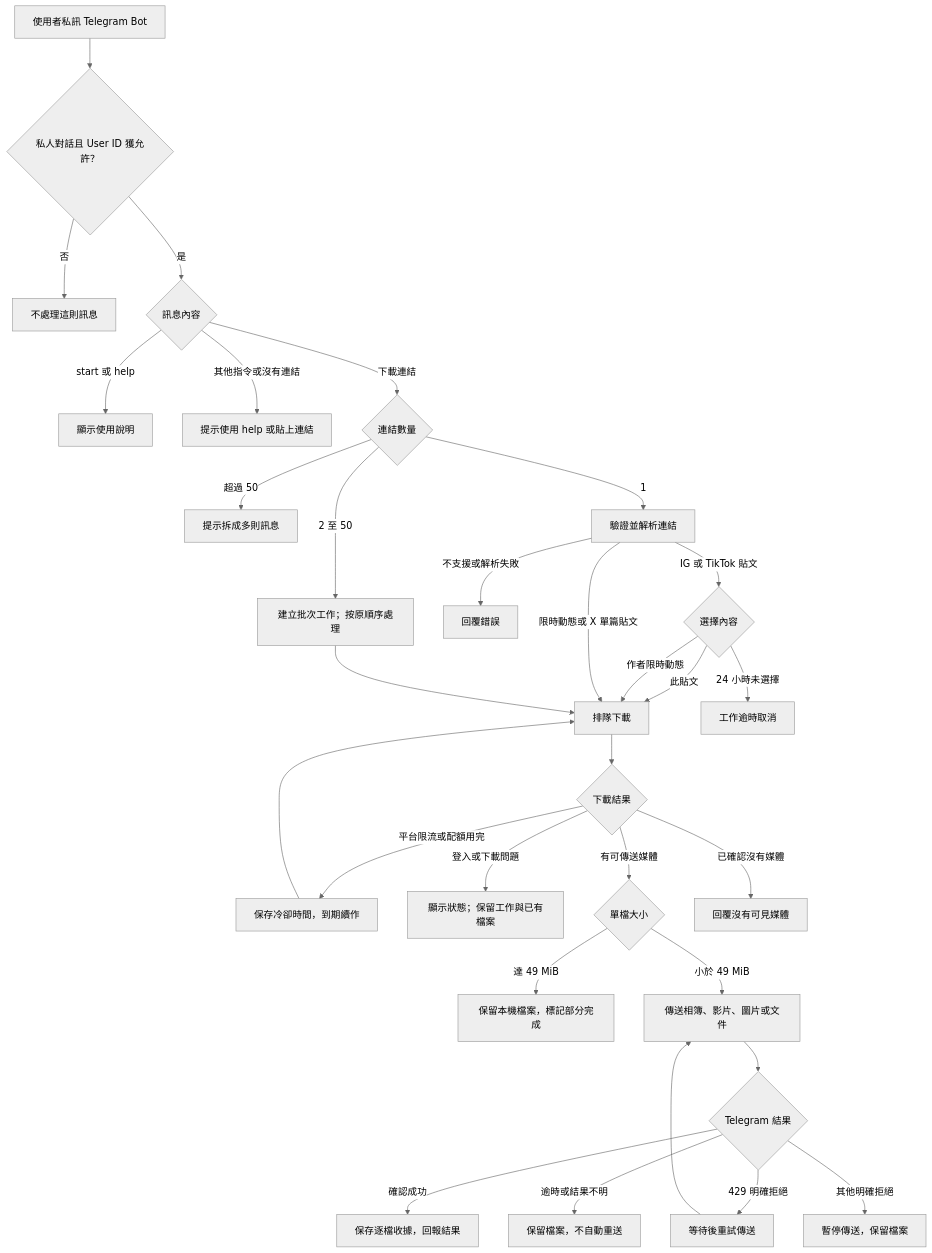
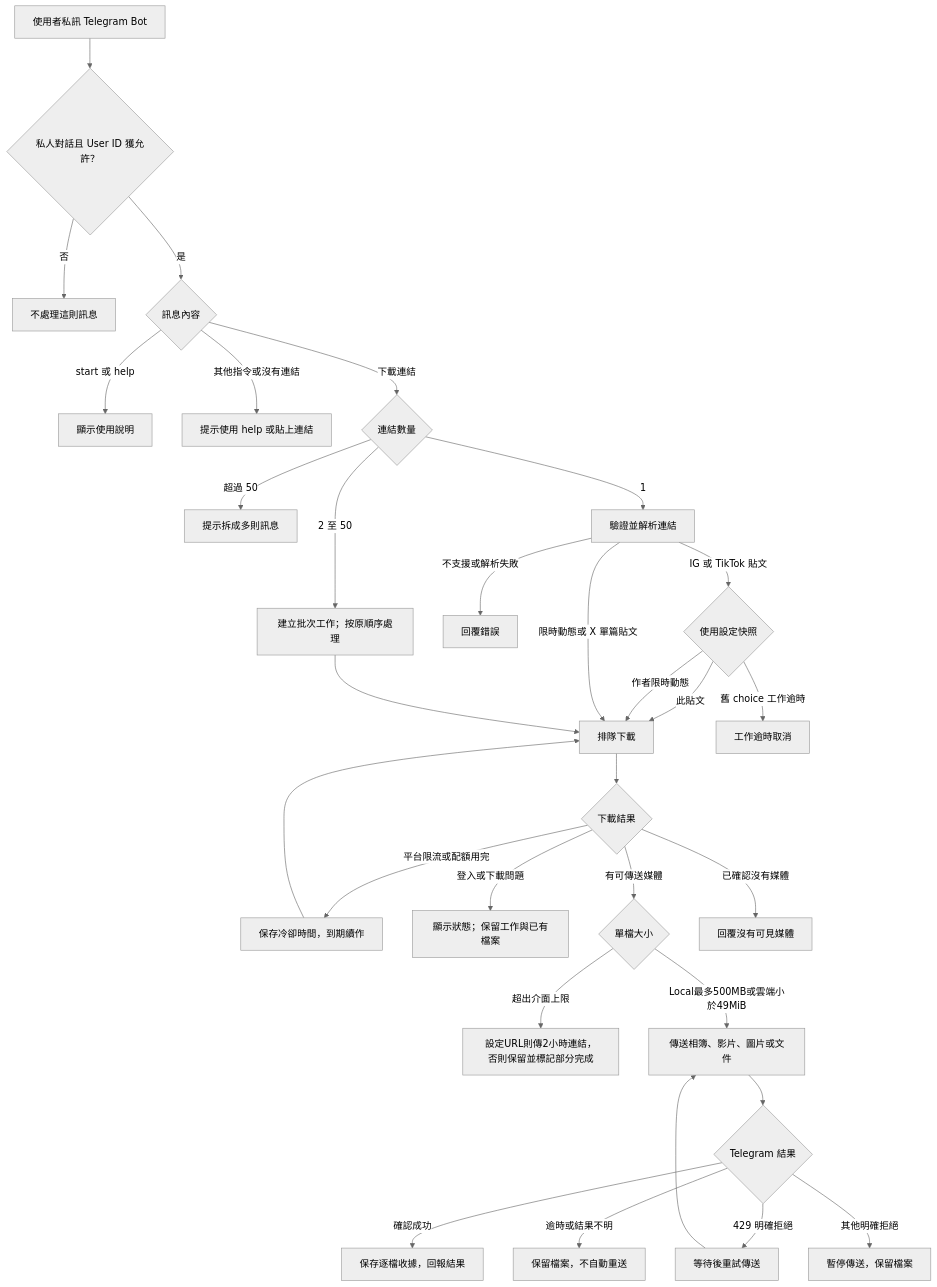
One commit to Senachi124/TelegramSocialDownloader changed the first of 6 diagrams in docs/architecture.md. Above: the diagram before and after it, drawn with Mermaid (neutral theme). The commit also changed other lines of this file and 29 other files, not shown here.

````diff
--- a/docs/architecture.md
+++ b/docs/architecture.md
@@ -7,33 +7,33 @@
 ```mermaid
 flowchart TD
     A[使用者私訊 Telegram Bot] --> B{私人對話且 User ID 獲允許？}
     B -->|否| Z[不處理這則訊息]
     B -->|是| C{訊息內容}
     C -->|start 或 help| H[顯示使用說明]
     C -->|其他指令或沒有連結| I[提示使用 help 或貼上連結]
     C -->|下載連結| D{連結數量}
     D -->|超過 50| E[提示拆成多則訊息]
     D -->|2 至 50| F[建立批次工作；按原順序處理]
     D -->|1| G[驗證並解析連結]
     G -->|不支援或解析失敗| J[回覆錯誤]
-    G -->|IG 或 TikTok 貼文| K{選擇內容}
+    G -->|IG 或 TikTok 貼文| K{使用設定快照}
     K -->|此貼文| Q[排隊下載]
     K -->|作者限時動態| Q
-    K -->|24 小時未選擇| X[工作逾時取消]
+    K -->|舊 choice 工作逾時| X[工作逾時取消]
     G -->|限時動態或 X 單篇貼文| Q
     F --> Q
     Q --> R{下載結果}
     R -->|平台限流或配額用完| S[保存冷卻時間，到期續作]
     S --> Q
     R -->|登入或下載問題| T[顯示狀態；保留工作與已有檔案]
     R -->|有可傳送媒體| U{單檔大小}
     R -->|已確認沒有媒體| N[回覆沒有可見媒體]
-    U -->|達 49 MiB| V[保留本機檔案，標記部分完成]
-    U -->|小於 49 MiB| W[傳送相簿、影片、圖片或文件]
+    U -->|超出介面上限| V[設定URL則傳2小時連結，否則保留並標記部分完成]
+    U -->|Local最多500MB或雲端小於49MiB| W[傳送相簿、影片、圖片或文件]
     W --> Y{Telegram 結果}
     Y -->|確認成功| DONE[保存逐檔收據，回報結果]
     Y -->|429 明確拒絕| WAIT[等待後重試傳送]
     WAIT --> W
     Y -->|逾時或結果不明| HOLD[保留檔案，不自動重送]
     Y -->|其他明確拒絕| PAUSE[暫停傳送，保留檔案]
 ```
````
